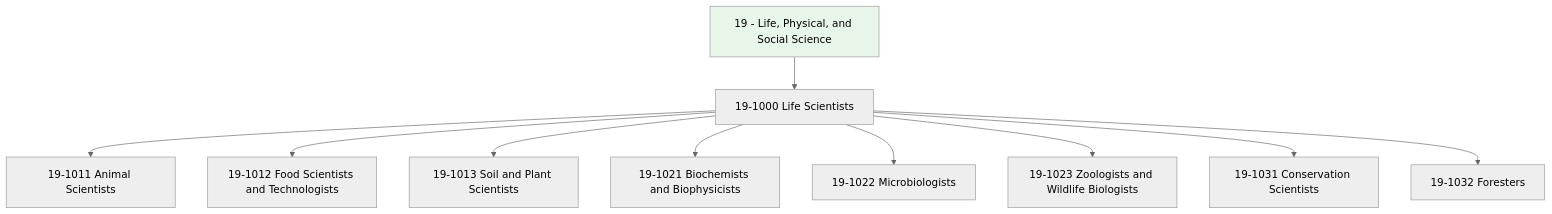
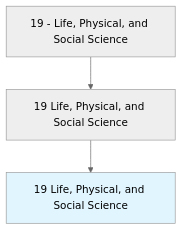
The first of 4 diagrams in occupations/Science/index.mdx (kziemski/business.org.ai), drawn with Mermaid (neutral theme) before and after one commit. The commit also changed other lines of this file and 938 other files, not shown here.

````diff
--- a/occupations/Science/index.mdx
+++ b/occupations/Science/index.mdx
@@ -19,14 +23,6 @@
 ```mermaid
 graph TD
-    Cat19["19 - Life, Physical, and Social Science"] --> Group191["19-1000 Life Scientists"]
-    Group191 --> Bio1011["19-1011 Animal Scientists"]
-    Group191 --> Bio1012["19-1012 Food Scientists and Technologists"]
-    Group191 --> Bio1013["19-1013 Soil and Plant Scientists"]
-    Group191 --> Bio1021["19-1021 Biochemists and Biophysicists"]
-    Group191 --> Bio1022["19-1022 Microbiologists"]
-    Group191 --> Bio1023["19-1023 Zoologists and Wildlife Biologists"]
-    Group191 --> Bio1031["19-1031 Conservation Scientists"]
-    Group191 --> Bio1032["19-1032 Foresters"]
-
-    style Cat19 fill:#e8f5e9
+    Cat19["19 - Life, Physical, and Social Science"] --> Group19["19 Life, Physical, and Social Science"]
+    Group19 --> Current["19 Life, Physical, and Social Science"]
+    style Current fill:#e1f5fe
 ```
````
